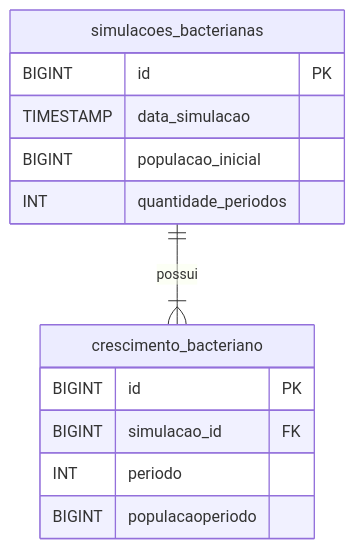
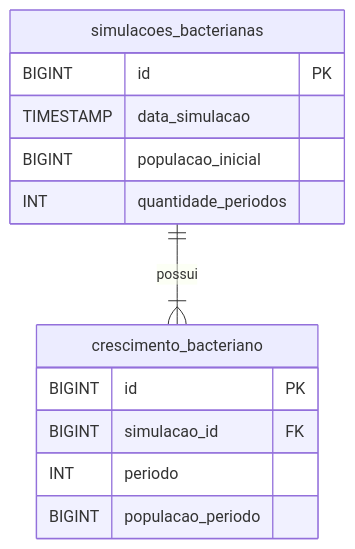
The second of 2 diagrams in README.md (lianeheidemann/python-cloud-database), drawn with Mermaid before and after one commit. The commit also changed other lines of this file, not shown here.

````diff
--- a/README.md
+++ b/README.md
@@ -79,16 +79,16 @@
 ```mermaid
 erDiagram
     simulacoes_bacterianas ||--|{ crescimento_bacteriano : possui
     simulacoes_bacterianas {
         BIGINT id PK
         TIMESTAMP data_simulacao
         BIGINT populacao_inicial
         INT quantidade_periodos
     }
     crescimento_bacteriano {
         BIGINT id PK
         BIGINT simulacao_id FK
         INT periodo
-        BIGINT populacaoperiodo
+        BIGINT populacao_periodo
     }
 ```
````
